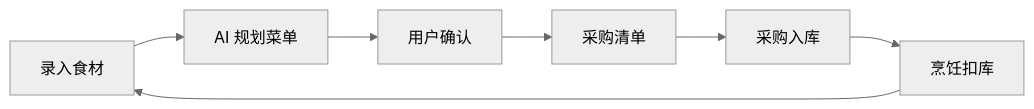
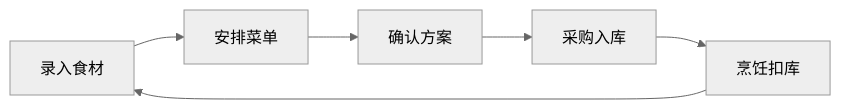
One commit to link1ks/FoodFlow changed the diagram in README.md. Above: the diagram before and after it, drawn with Mermaid (neutral theme). The commit also changed other lines of this file and 63 other files, not shown here.

````diff
--- a/README.md
+++ b/README.md
@@ -17,9 +33,8 @@
 ```mermaid
 flowchart LR
-    A[录入食材] --> B[AI 规划菜单]
-    B --> C[用户确认]
-    C --> D[采购清单]
-    D --> E[采购入库]
-    E --> F[烹饪扣库]
-    F --> A
+    A[录入食材] --> B[安排菜单]
+    B --> C[确认方案]
+    C --> D[采购入库]
+    D --> E[烹饪扣库]
+    E --> A
 ```
````
